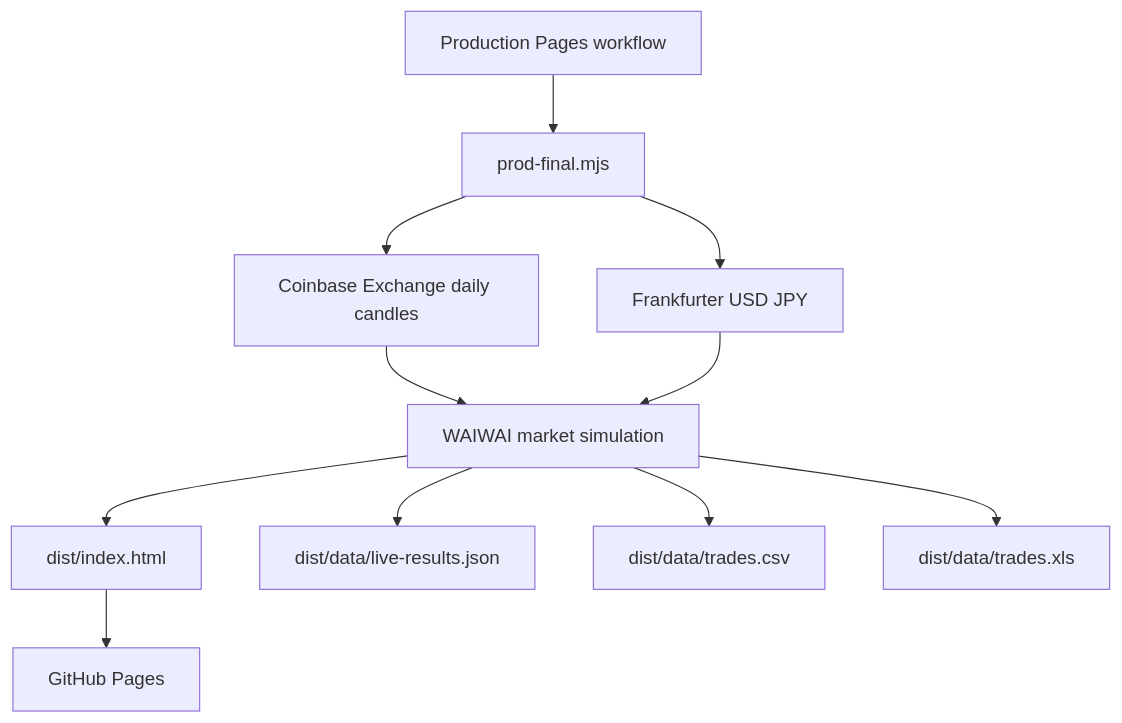
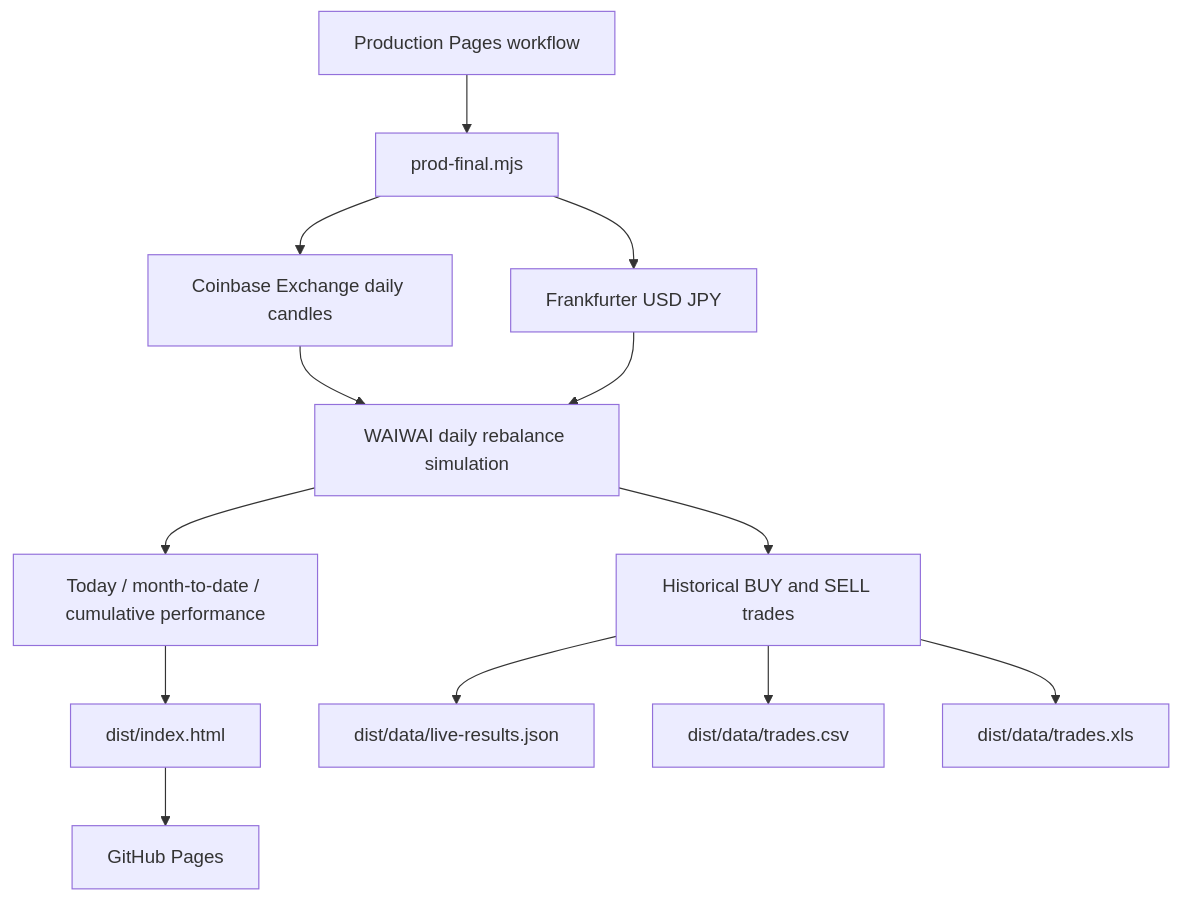
Before and after one commit to univcorp2-ctrl/crypto-auto-trade-sim: the diagram in docs/architecture.md, drawn with Mermaid. The commit also changed other lines of this file, not shown here.

Commit message:
Show trading history and monthly performance clearly

````diff
--- a/docs/architecture.md
+++ b/docs/architecture.md
@@ -9,13 +9,15 @@
 ```mermaid
 flowchart TD
   A[Production Pages workflow] --> B[prod-final.mjs]
   B --> C[Coinbase Exchange daily candles]
   B --> D[Frankfurter USD JPY]
-  C --> E[WAIWAI market simulation]
+  C --> E[WAIWAI daily rebalance simulation]
   D --> E
-  E --> F[dist/index.html]
-  E --> G[dist/data/live-results.json]
-  E --> H[dist/data/trades.csv]
-  E --> I[dist/data/trades.xls]
-  F --> J[GitHub Pages]
+  E --> F[Today / month-to-date / cumulative performance]
+  E --> G[Historical BUY and SELL trades]
+  F --> H[dist/index.html]
+  G --> I[dist/data/live-results.json]
+  G --> J[dist/data/trades.csv]
+  G --> K[dist/data/trades.xls]
+  H --> L[GitHub Pages]
 ```
````
